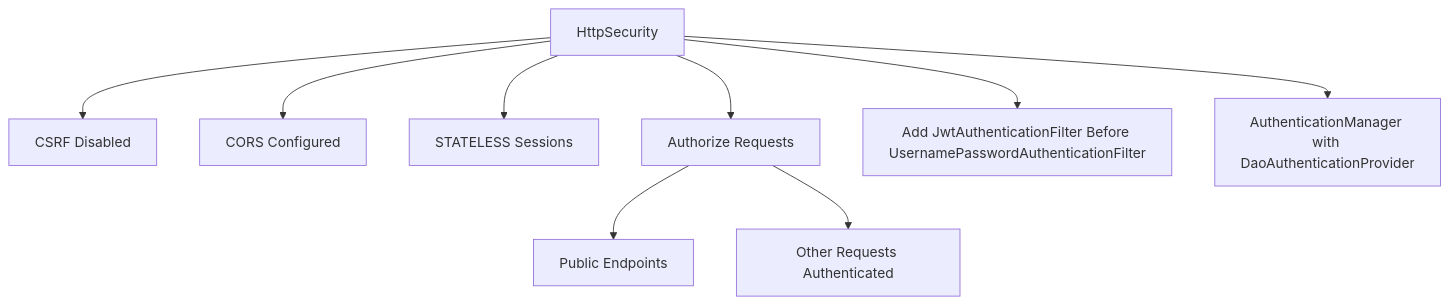
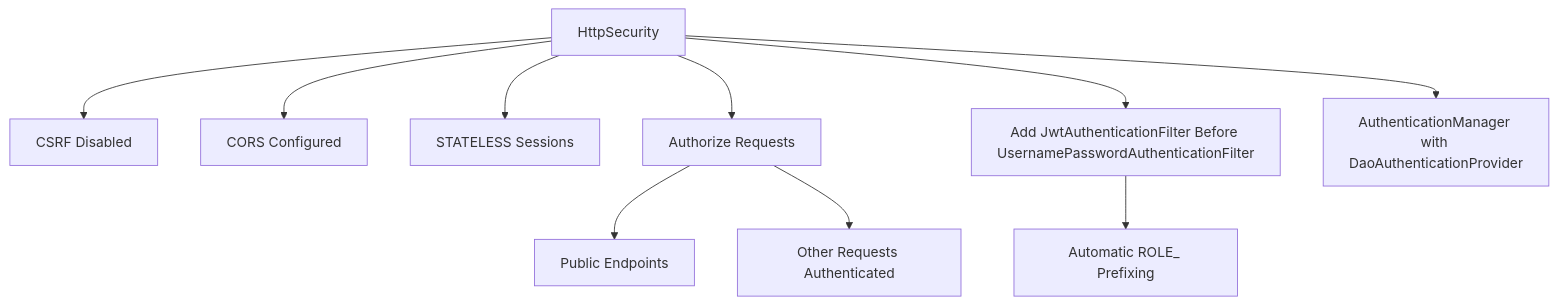
Before and after one commit to Vostrikov2014/vks-qoder: the fifth of 7 diagrams in .qoder/repowiki/en/content/Security Implementation/Security Implementation.md, drawn with Mermaid. The commit also changed other lines of this file and 15 other files, not shown here.

````diff
--- a/.qoder/repowiki/en/content/Security Implementation/Security Implementation.md
+++ b/.qoder/repowiki/en/content/Security Implementation/Security Implementation.md
@@ -270,11 +309,12 @@
 ```mermaid
 graph TB
 HS["HttpSecurity"] --> CS["CSRF Disabled"]
 HS --> CORS["CORS Configured"]
 HS --> SM["STATELESS Sessions"]
 HS --> AUTHZ["Authorize Requests"]
 AUTHZ --> PERMITALL["Public Endpoints"]
 AUTHZ --> AUTHENTICATED["Other Requests Authenticated"]
 HS --> FILTER["Add JwtAuthenticationFilter Before UsernamePasswordAuthenticationFilter"]
+FILTER --> ROLEPREFIX["Automatic ROLE_ Prefixing"]
 HS --> AM["AuthenticationManager with DaoAuthenticationProvider"]
 ```
````
